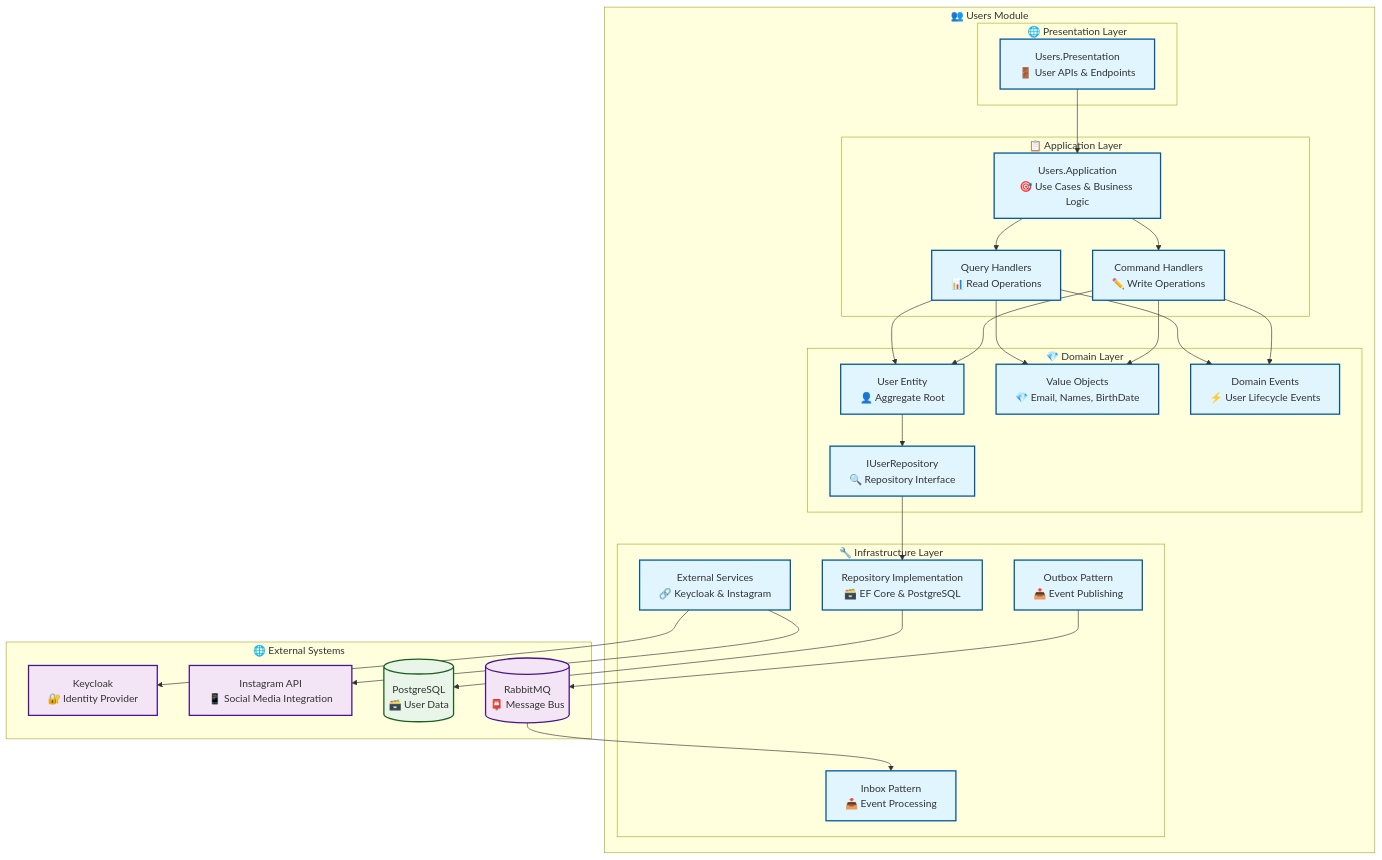
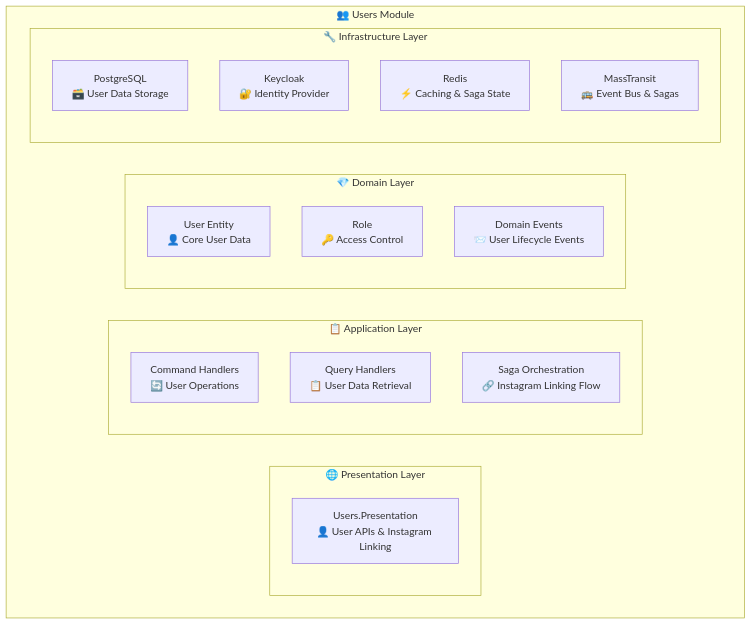
The first of 2 diagrams in docs/modules/users/README.md (IIIA-KO/Lanka), drawn with Mermaid before and after one commit. The commit also changed other lines of this file and 3 other files, not shown here.

````diff
--- a/docs/modules/users/README.md
+++ b/docs/modules/users/README.md
@@ -23,53 +23,27 @@
 ```mermaid
 graph TB
     subgraph "👥 Users Module"
         subgraph "🌐 Presentation Layer"
-            UP[Users.Presentation<br/>🚪 User APIs & Endpoints]
+            UP[Users.Presentation<br/>👤 User APIs & Instagram Linking]
         end
         
         subgraph "📋 Application Layer"
-            UA[Users.Application<br/>🎯 Use Cases & Business Logic]
-            UQ[Query Handlers<br/>📊 Read Operations]
-            UC[Command Handlers<br/>✏️ Write Operations]
+            UC[Command Handlers<br/>🔄 User Operations]
+            UQ[Query Handlers<br/>📋 User Data Retrieval]
+            SAGA[Saga Orchestration<br/>🔗 Instagram Linking Flow]
         end
         
         subgraph "💎 Domain Layer"
-            USER[User Entity<br/>👤 Aggregate Root]
-            VO[Value Objects<br/>💎 Email, Names, BirthDate]
-            DE[Domain Events<br/>⚡ User Lifecycle Events]
-            REPO[IUserRepository<br/>🔍 Repository Interface]
+            USER[User Entity<br/>👤 Core User Data]
+            ROLE[Role<br/>🔑 Access Control]
+            EVENTS[Domain Events<br/>📨 User Lifecycle Events]
         end
         
         subgraph "🔧 Infrastructure Layer"
-            IMPL[Repository Implementation<br/>🗃️ EF Core & PostgreSQL]
-            EXT[External Services<br/>🔗 Keycloak & Instagram]
-            INBOX[Inbox Pattern<br/>📥 Event Processing]
-            OUTBOX[Outbox Pattern<br/>📤 Event Publishing]
+            PG[PostgreSQL<br/>🗃️ User Data Storage]
+            KC[Keycloak<br/>🔐 Identity Provider]
+            REDIS[Redis<br/>⚡ Caching & Saga State]
+            MASSTRANSIT[MassTransit<br/>🚌 Event Bus & Sagas]
         end
     end
-    
-    subgraph "🌐 External Systems"
-        KC[Keycloak<br/>🔐 Identity Provider]
-        IG[Instagram API<br/>📱 Social Media Integration]
-        DB[(PostgreSQL<br/>🗃️ User Data)]
-        MB[(RabbitMQ<br/>📮 Message Bus)]
-    end
-    
-    UP --> UA
-    UA --> UQ & UC
-    UQ & UC --> USER & VO & DE
-    USER --> REPO
-    REPO --> IMPL
-    IMPL --> DB
-    EXT --> KC & IG
-    OUTBOX --> MB
-    MB --> INBOX
-    
-    classDef moduleStyle fill:#e1f5fe,stroke:#01579b,stroke-width:2px
-    classDef infraStyle fill:#f3e5f5,stroke:#4a148c,stroke-width:2px
-    classDef dataStyle fill:#e8f5e8,stroke:#1b5e20,stroke-width:2px
-    
-    class UP,UA,UQ,UC,USER,VO,DE,REPO,IMPL,EXT,INBOX,OUTBOX moduleStyle
-    class KC,IG,MB infraStyle
-    class DB dataStyle
 ```
````
